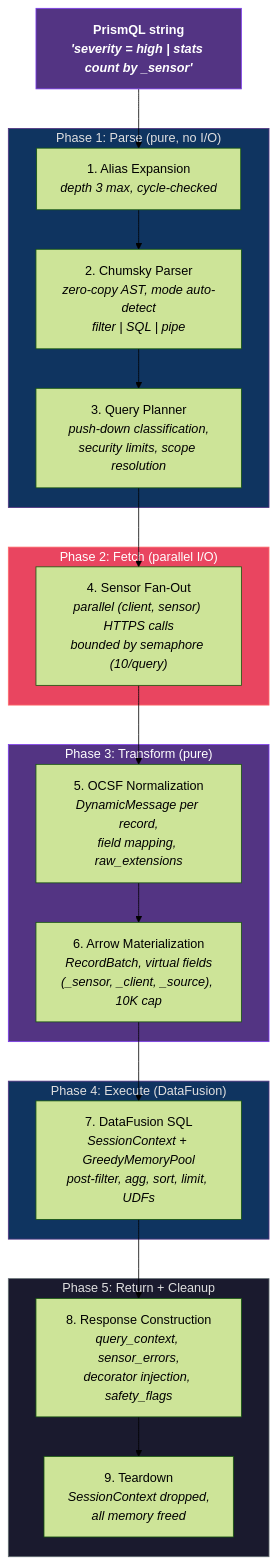
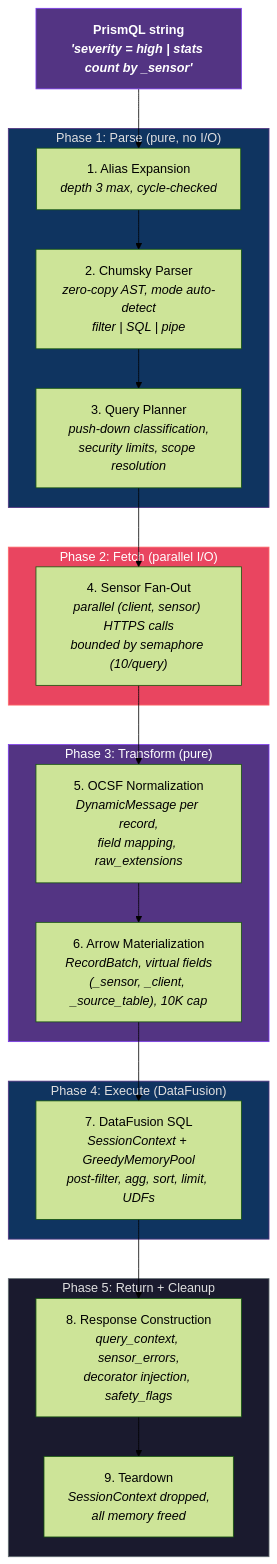
Before and after one commit to drbothen/prism: the first of 3 diagrams in specs/architecture/query-engine.md, drawn with Mermaid (forest theme). The commit also changed other lines of this file and 27 other files, not shown here.

First line of the commit message:
factory(phase-2): architecture review additions — credentials, JOINs, plugins, infusions, actions, observability

````diff
--- a/specs/architecture/query-engine.md
+++ b/specs/architecture/query-engine.md
@@ -20,37 +20,37 @@
 ```mermaid
 graph TD
     INPUT["PrismQL string<br/><i>'severity = high | stats count by _sensor'</i>"]
 
     subgraph PARSE["Phase 1: Parse (pure, no I/O)"]
         A1["1. Alias Expansion<br/><i>depth 3 max, cycle-checked</i>"]
         A2["2. Chumsky Parser<br/><i>zero-copy AST, mode auto-detect<br/>filter | SQL | pipe</i>"]
         A3["3. Query Planner<br/><i>push-down classification,<br/>security limits, scope resolution</i>"]
     end
 
     subgraph FETCH["Phase 2: Fetch (parallel I/O)"]
         A4["4. Sensor Fan-Out<br/><i>parallel (client, sensor) HTTPS calls<br/>bounded by semaphore (10/query)</i>"]
     end
 
     subgraph TRANSFORM["Phase 3: Transform (pure)"]
         A5["5. OCSF Normalization<br/><i>DynamicMessage per record,<br/>field mapping, raw_extensions</i>"]
-        A6["6. Arrow Materialization<br/><i>RecordBatch, virtual fields<br/>(_sensor, _client, _source), 10K cap</i>"]
+        A6["6. Arrow Materialization<br/><i>RecordBatch, virtual fields<br/>(_sensor, _client, _source_table), 10K cap</i>"]
     end
 
     subgraph EXECUTE["Phase 4: Execute (DataFusion)"]
         A7["7. DataFusion SQL<br/><i>SessionContext + GreedyMemoryPool<br/>post-filter, agg, sort, limit, UDFs</i>"]
     end
 
     subgraph RETURN["Phase 5: Return + Cleanup"]
         A8["8. Response Construction<br/><i>query_context, sensor_errors,<br/>decorator injection, safety_flags</i>"]
         A9["9. Teardown<br/><i>SessionContext dropped,<br/>all memory freed</i>"]
     end
 
     INPUT --> A1 --> A2 --> A3 --> A4 --> A5 --> A6 --> A7 --> A8 --> A9
 
     style PARSE fill:#0f3460,stroke:#533483,color:#e0e0e0
     style FETCH fill:#e94560,stroke:#ff6b6b,color:#fff
     style TRANSFORM fill:#533483,stroke:#7c3aed,color:#fff
     style EXECUTE fill:#0f3460,stroke:#533483,color:#e0e0e0
     style RETURN fill:#1a1a2e,stroke:#636e72,color:#e0e0e0
     style INPUT fill:#533483,stroke:#7c3aed,color:#fff,font-weight:bold
 ```
````
